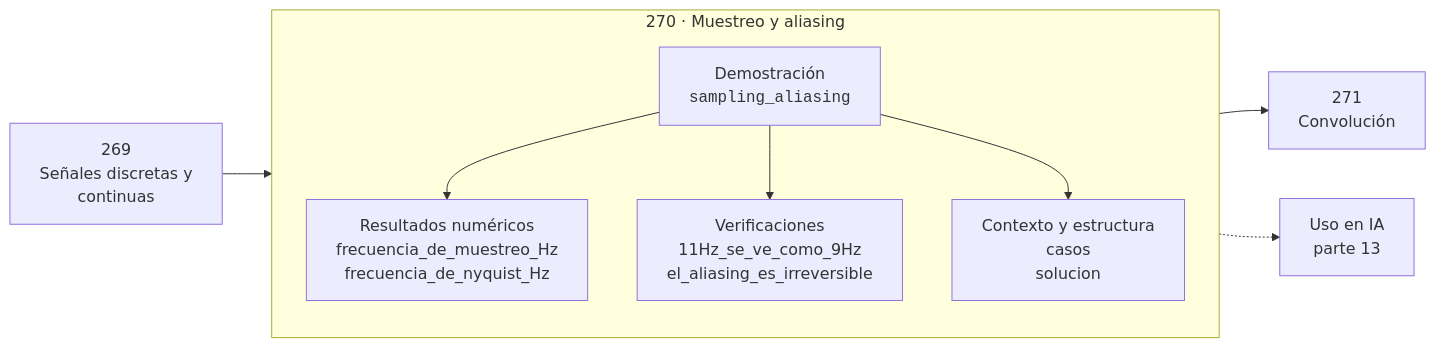
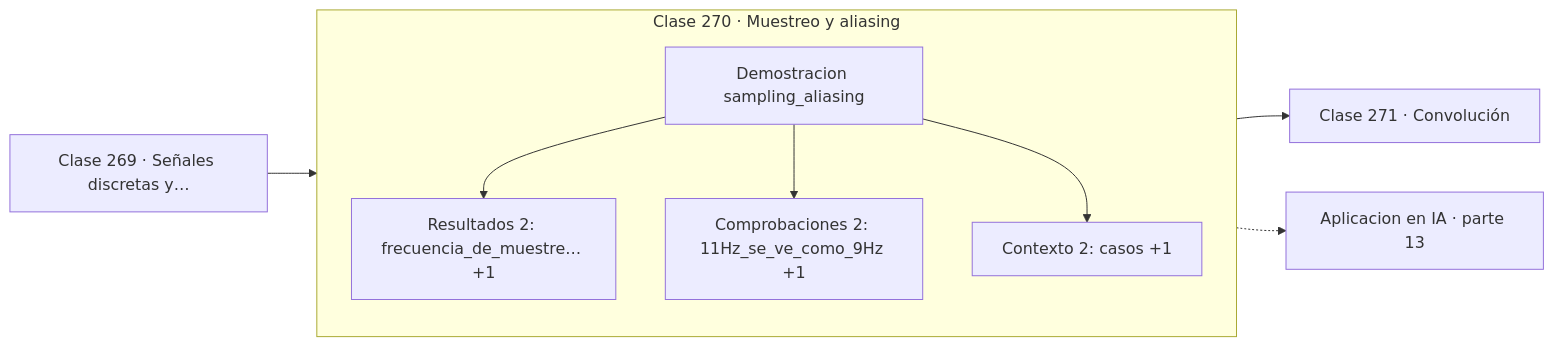
One commit to vladimiracunadev-create/computational-mathematics-program changed the diagram in classes/part-13-teoria-de-la-informacion-senales-y-series/270-muestreo-y-aliasing/README.md. Above: the diagram before and after it, drawn with Mermaid. The commit also changed 389 other files, not shown here.

First line of the commit message:
fix(diagramas): elimina el HTML de las etiquetas Mermaid

````diff
--- a/classes/part-13-teoria-de-la-informacion-senales-y-series/270-muestreo-y-aliasing/README.md
+++ b/classes/part-13-teoria-de-la-informacion-senales-y-series/270-muestreo-y-aliasing/README.md
@@ -30,12 +30,13 @@
 ```mermaid
 flowchart LR
-    P["269<br/>Señales discretas y<br/>continuas"] --> C
-    subgraph C["270 · Muestreo y aliasing"]
+    P["Clase 269 · Señales discretas y…"] --> D
+    subgraph CLASE["Clase 270 · Muestreo y aliasing"]
         direction TB
-        D["Demostración<br/><code>sampling_aliasing</code>"] --> R["Resultados numéricos<br/>frecuencia_de_muestreo_Hz<br/>frecuencia_de_nyquist_Hz"]
-        D --> V["Verificaciones<br/>11Hz_se_ve_como_9Hz<br/>el_aliasing_es_irreversible"]
-        D --> O["Contexto y estructura<br/>casos<br/>solucion"]
+        D["Demostracion sampling_aliasing"]
+        D --> R["Resultados 2: frecuencia_de_muestre… +1"]
+        D --> V["Comprobaciones 2: 11Hz_se_ve_como_9Hz +1"]
+        D --> O["Contexto 2: casos +1"]
     end
-    C --> N["271<br/>Convolución"]
-    C -.-> IA["Uso en IA<br/>parte 13"]
+    R --> N["Clase 271 · Convolución"]
+    V -.-> IA["Aplicacion en IA · parte 13"]
 ```
````
